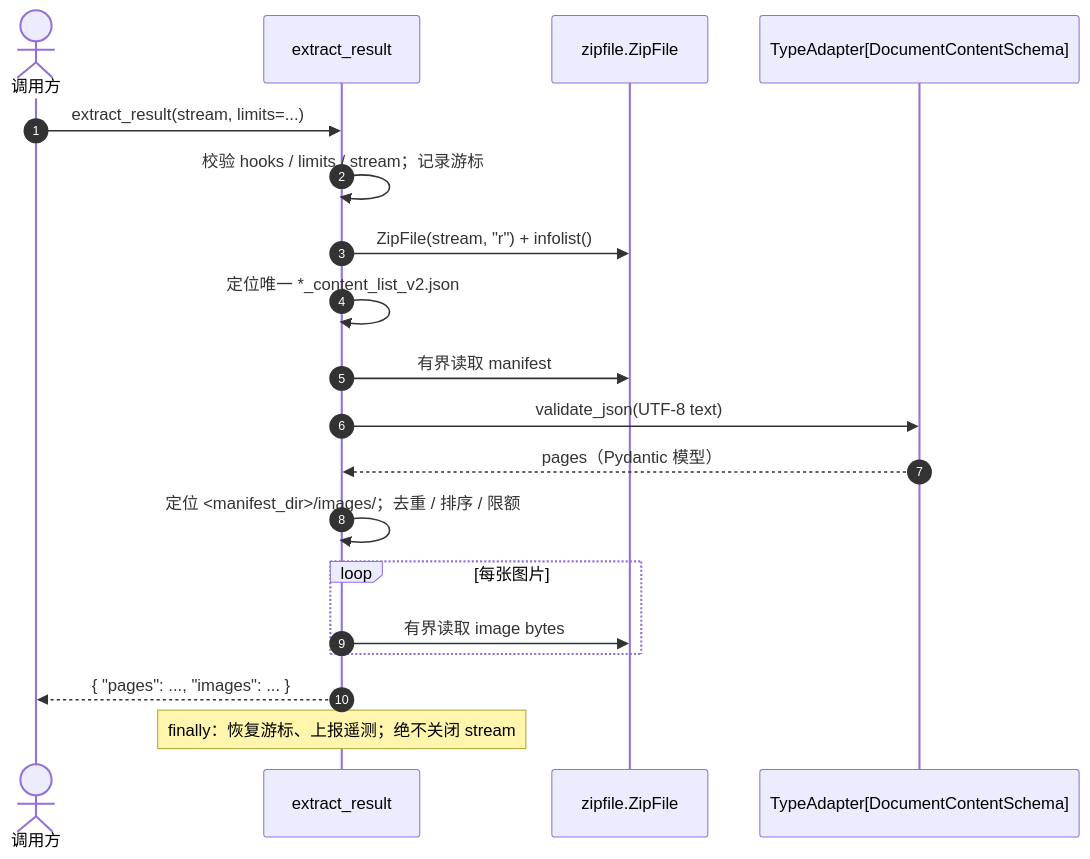
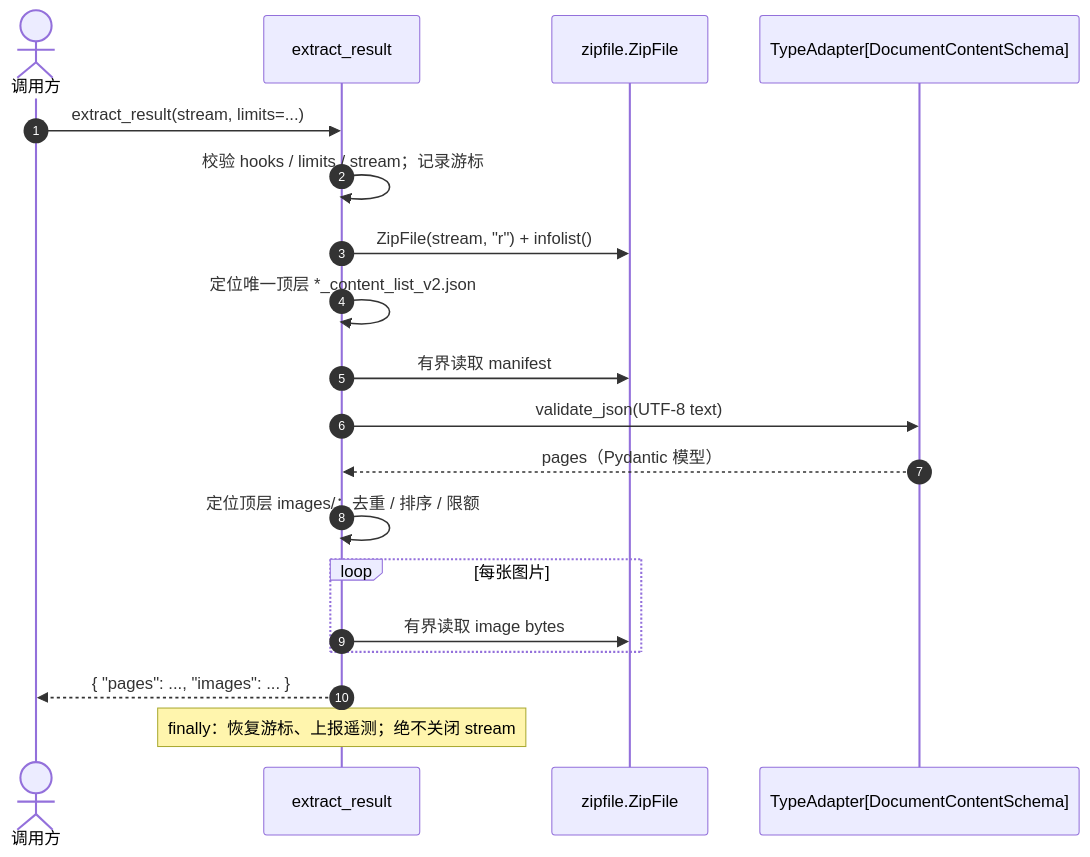
Before and after one commit to dream-365/mineru-parser: the second of 2 diagrams in docs/specs/SPEC-003-result-extractor.md, drawn with Mermaid. The commit also changed other lines of this file and 1 other file, not shown here.

First line of the commit message:
docs(SPEC-003): manifest 定位收敛到 ZIP 顶层，输入契约标准化

````diff
--- a/docs/specs/SPEC-003-result-extractor.md
+++ b/docs/specs/SPEC-003-result-extractor.md
@@ -316,22 +316,22 @@
 ```mermaid
 sequenceDiagram
     autonumber
     actor Caller as 调用方
     participant EX as extract_result
     participant ZF as zipfile.ZipFile
     participant VA as TypeAdapter[DocumentContentSchema]
 
     Caller->>EX: extract_result(stream, limits=...)
     EX->>EX: 校验 hooks / limits / stream；记录游标
     EX->>ZF: ZipFile(stream, "r") + infolist()
-    EX->>EX: 定位唯一 *_content_list_v2.json
+    EX->>EX: 定位唯一顶层 *_content_list_v2.json
     EX->>ZF: 有界读取 manifest
     EX->>VA: validate_json(UTF-8 text)
     VA-->>EX: pages（Pydantic 模型）
-    EX->>EX: 定位 <manifest_dir>/images/；去重 / 排序 / 限额
+    EX->>EX: 定位顶层 images/；去重 / 排序 / 限额
     loop 每张图片
         EX->>ZF: 有界读取 image bytes
     end
     EX-->>Caller: { "pages": ..., "images": ... }
     Note over EX: finally：恢复游标、上报遥测；绝不关闭 stream
 ```
````
